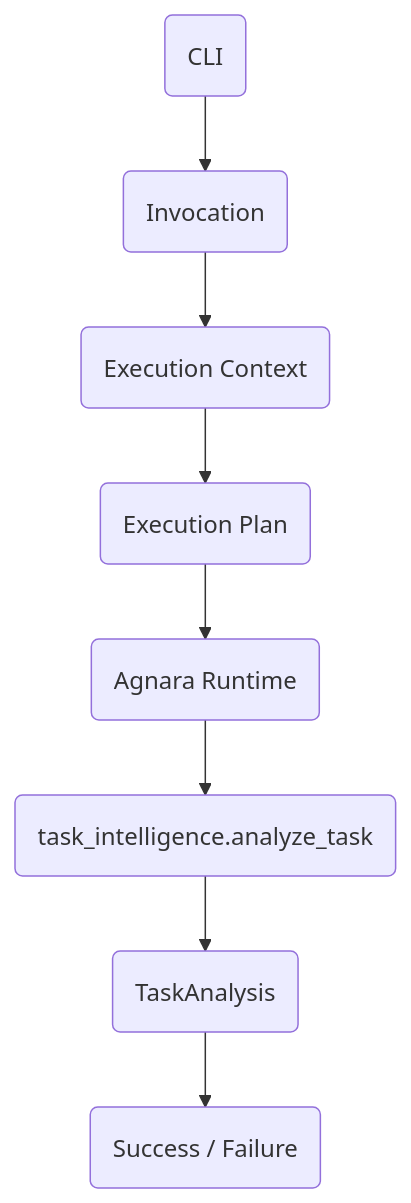
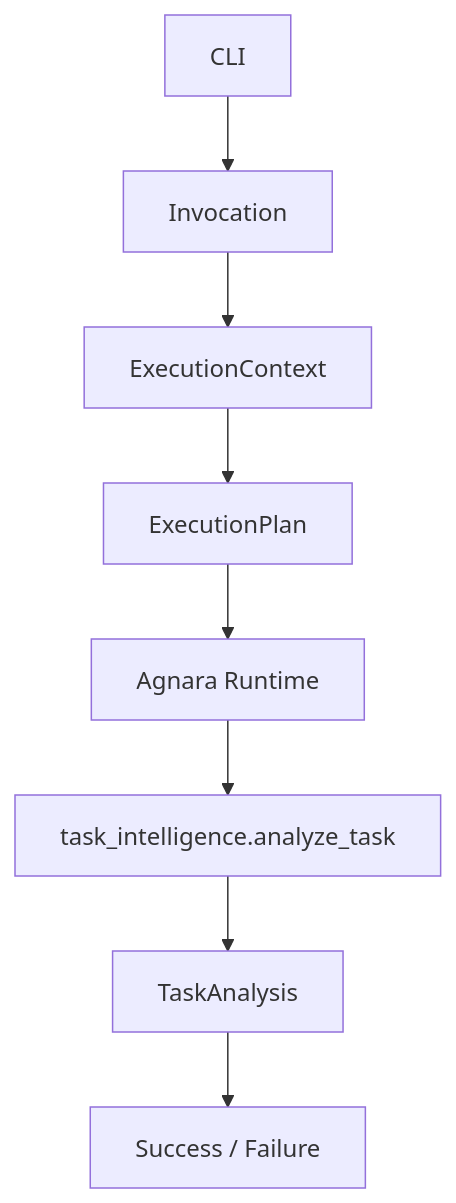
The diagram in README.md (agnara-project/agnara-task-intelligence), drawn with Mermaid before and after one commit. The commit also changed other lines of this file and 6 other files, not shown here.

````diff
--- a/README.md
+++ b/README.md
@@ -27,10 +39,10 @@
 ```mermaid
-graph TD
-    CLI(CLI) --> Invocation(Invocation)
-    Invocation --> ExecutionContext(Execution Context)
-    ExecutionContext --> ExecutionPlan(Execution Plan)
-    ExecutionPlan --> AgnaraRuntime(Agnara Runtime)
-    AgnaraRuntime --> Capability(task_intelligence.analyze_task)
-    Capability --> TaskAnalysis(TaskAnalysis)
-    TaskAnalysis --> SuccessFailure(Success / Failure)
+flowchart TD
+    CLI["CLI"] --> INV["Invocation"]
+    INV --> CTX["ExecutionContext"]
+    CTX --> PLAN["ExecutionPlan"]
+    PLAN --> RUNTIME["Agnara Runtime"]
+    RUNTIME --> CAP["task_intelligence.analyze_task"]
+    CAP --> RESULT["TaskAnalysis"]
+    RESULT --> OUTCOME["Success / Failure"]
 ```
````
